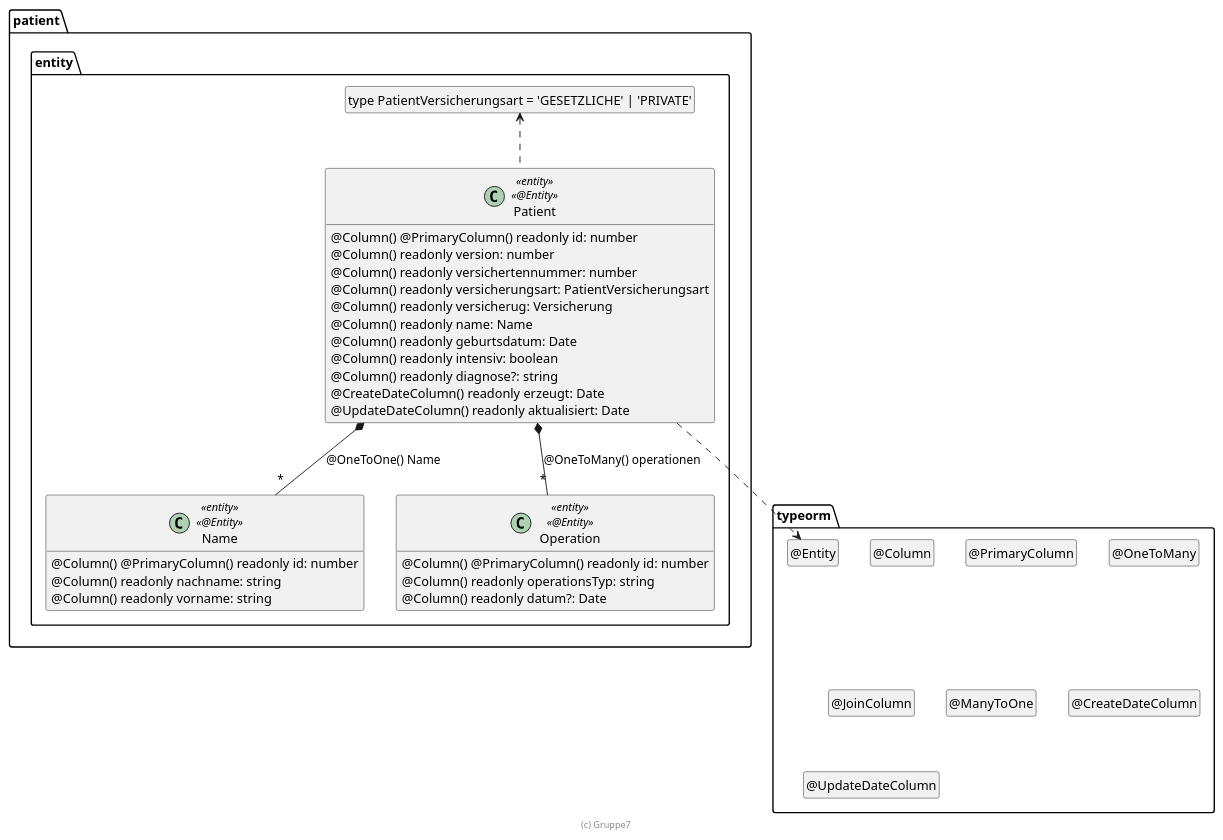
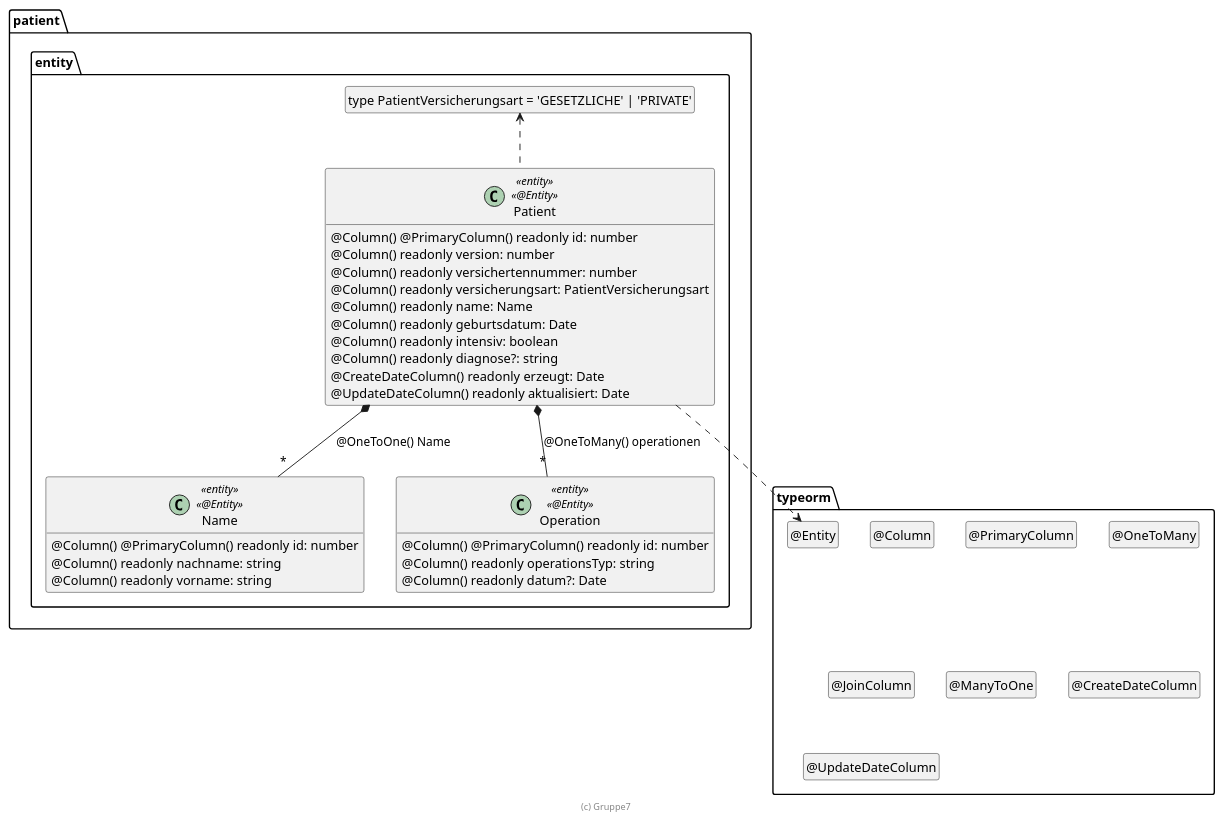
Before and after one commit to dithienphan/patient: the diagram in .extras/doc/entwicklerhandbuch/Patient.plantuml, drawn with PlantUML. The commit also changed other lines of this file, not shown here.

```diff
--- a/.extras/doc/entwicklerhandbuch/Patient.plantuml
+++ b/.extras/doc/entwicklerhandbuch/Patient.plantuml
@@ -3,62 +6,61 @@
 @startuml Entity
 
 package typeorm {
   class "@Entity" as Entity
   hide Entity circle
   class "@Column" as Column
   hide Column circle
   class "@PrimaryColumn" as PrimaryColumn
   hide PrimaryColumn circle
   class "@OneToMany" as OneToMany
   hide OneToMany circle
   class "@JoinColumn" as JoinColumn
   hide JoinColumn circle
   class "@ManyToOne" as ManyToOne
   hide ManyToOne circle
   class "@CreateDateColumn" as CreateDateColumn
   hide CreateDateColumn circle
   class "@UpdateDateColumn" as UpdateDateColumn
   hide UpdateDateColumn circle
 }
 
 package patient.entity {
     class "type PatientVersicherungsart = 'GESETZLICHE' | 'PRIVATE'" as PatientVersicherungsart
   hide PatientVersicherungsart circle
     
     class Patient <<entity>> <<@Entity>> {
         @Column() @PrimaryColumn() readonly id: number
         @Column() readonly version: number
         @Column() readonly versichertennummer: number
         @Column() readonly versicherungsart: PatientVersicherungsart
-        @Column() readonly versicherug: Versicherung
         @Column() readonly name: Name
         @Column() readonly geburtsdatum: Date
         @Column() readonly intensiv: boolean
         @Column() readonly diagnose?: string
         @CreateDateColumn() readonly erzeugt: Date
         @UpdateDateColumn() readonly aktualisiert: Date
     }
 
     class Name <<entity>> <<@Entity>> {
         @Column() @PrimaryColumn() readonly id: number
         @Column() readonly nachname: string
         @Column() readonly vorname: string
     }
 
     class Operation <<entity>> <<@Entity>> {
         @Column() @PrimaryColumn() readonly id: number
         @Column() readonly operationsTyp: string
         @Column() readonly datum?: Date
     }
 }
 
 Patient ..> Entity
 Patient *-- "*" Name : @OneToOne() Name
 Patient *-- "*" Operation : @OneToMany() operationen
 Patient .up.> PatientVersicherungsart
 
 hide empty members
 
 footer (c) Gruppe7
 
 @enduml
```
